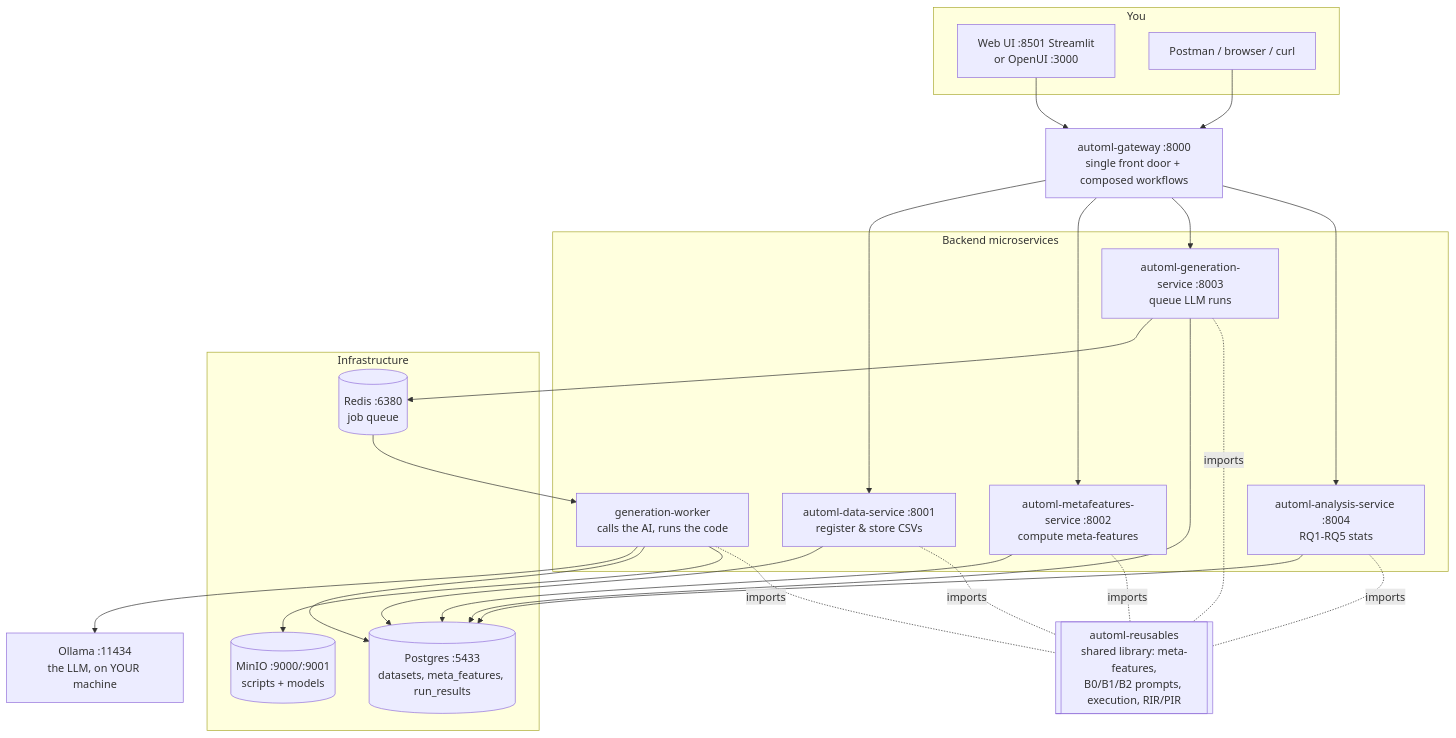
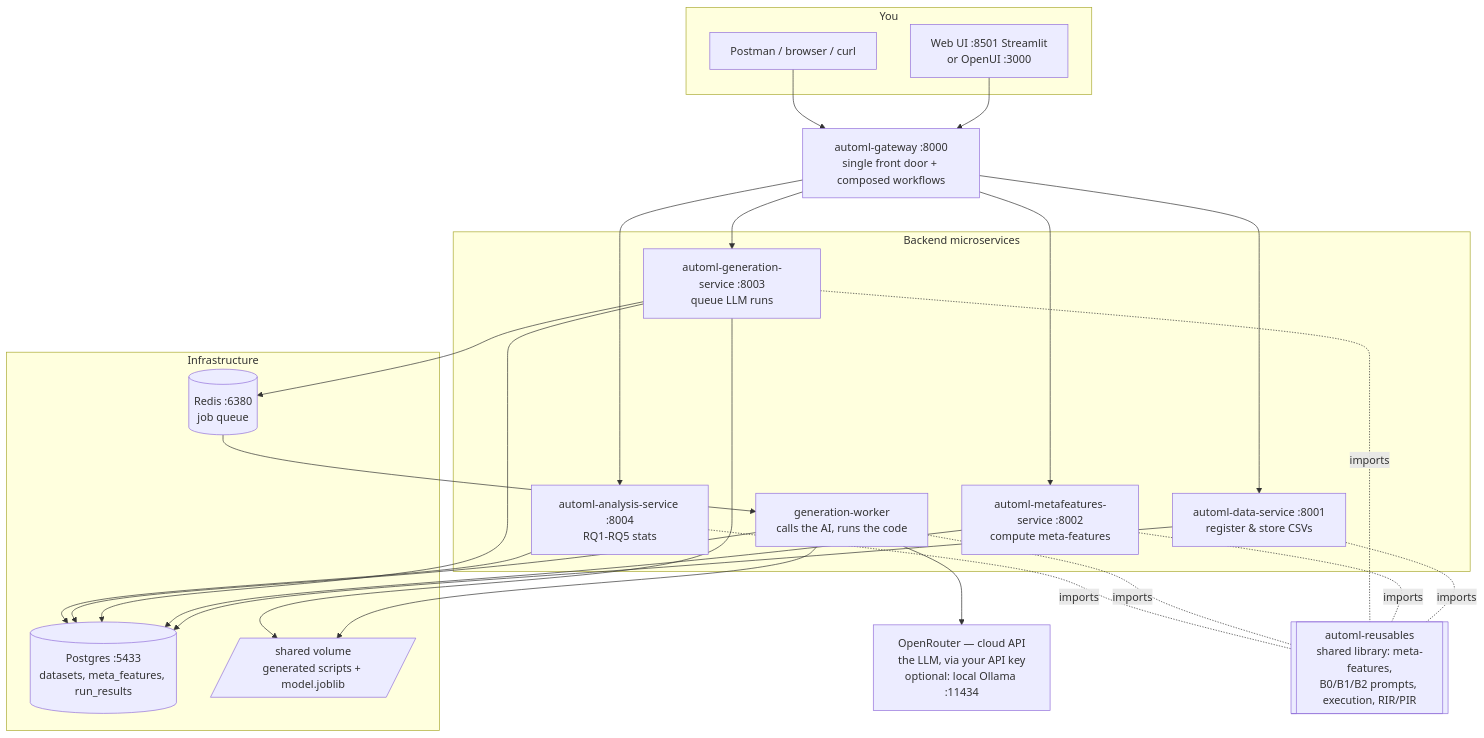
One commit to Major-Proj-AutoML/.github changed the diagram in profile/README.md. Above: the diagram before and after it, drawn with Mermaid. The commit also changed other lines of this file, not shown here.

````diff
--- a/profile/README.md
+++ b/profile/README.md
@@ -169,35 +185,36 @@
 ```mermaid
 flowchart TD
     subgraph you[You]
         UI[Web UI :8501 Streamlit<br/>or OpenUI :3000]
         PM[Postman / browser / curl]
     end
 
     GW[automl-gateway :8000<br/>single front door + composed workflows]
 
     subgraph services[Backend microservices]
         DS[automl-data-service :8001<br/>register & store CSVs]
         MF[automl-metafeatures-service :8002<br/>compute meta-features]
         GEN[automl-generation-service :8003<br/>queue LLM runs]
         WK[generation-worker<br/>calls the AI, runs the code]
         AN[automl-analysis-service :8004<br/>RQ1-RQ5 stats]
     end
 
     subgraph infra[Infrastructure]
         PG[(Postgres :5433<br/>datasets, meta_features, run_results)]
         RD[(Redis :6380<br/>job queue)]
-        MO[(MinIO :9000/:9001<br/>scripts + models)]
+        VOL[/shared volume<br/>generated scripts + model.joblib/]
     end
 
-    OL[Ollama :11434<br/>the LLM, on YOUR machine]
+    OR[OpenRouter — cloud API<br/>the LLM, via your API key<br/>optional: local Ollama :11434]
     LIB[[automl-reusables<br/>shared library: meta-features,<br/>B0/B1/B2 prompts, execution, RIR/PIR]]
 
     UI --> GW
     PM --> GW
     GW --> DS & MF & GEN & AN
     GEN --> RD --> WK
-    WK --> OL
+    WK --> OR
     DS & MF & GEN & WK & AN --> PG
-    WK --> MO
+    WK --> VOL
+    GEN --> VOL
     DS & MF & GEN & WK & AN -.imports.- LIB
 ```
````
